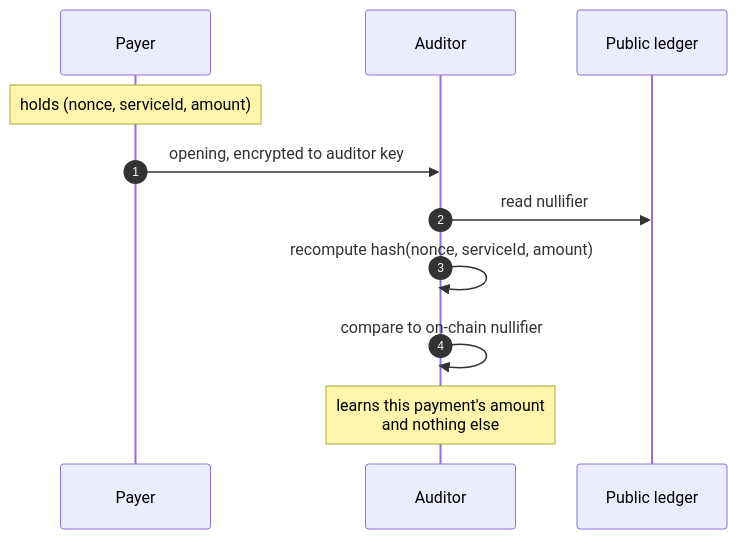
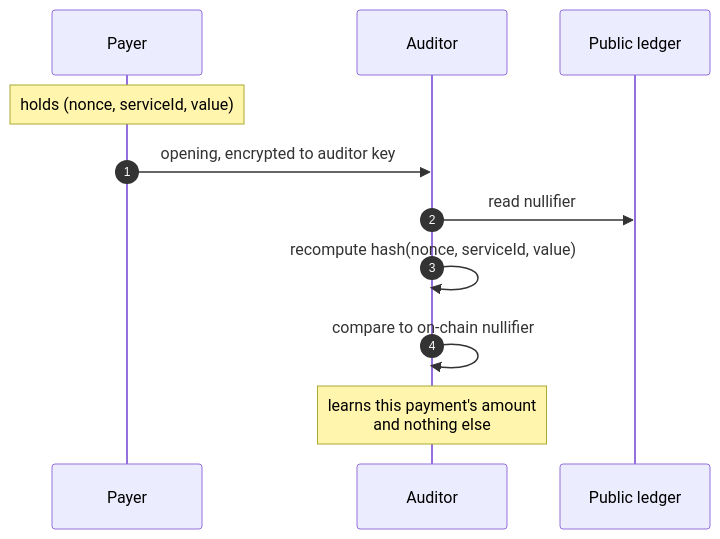
One commit to julianariel/m402 changed the seventh of 8 diagrams in docs/architecture/payment-flow.md. Above: the diagram before and after it, drawn with Mermaid. The commit also changed other lines of this file and 3 other files, not shown here.

First line of the commit message:
Document deposit across all docs; drop the placeholder diagram

````diff
--- a/docs/architecture/payment-flow.md
+++ b/docs/architecture/payment-flow.md
@@ -112,15 +177,15 @@
 ```mermaid
 sequenceDiagram
     autonumber
     participant P as Payer
     participant Au as Auditor
     participant L as Public ledger
 
-    Note over P: holds (nonce, serviceId, amount)
+    Note over P: holds (nonce, serviceId, value)
     P->>Au: opening, encrypted to auditor key
     Au->>L: read nullifier
-    Au->>Au: recompute hash(nonce, serviceId, amount)
+    Au->>Au: recompute hash(nonce, serviceId, value)
     Au->>Au: compare to on-chain nullifier
 
     Note over Au: learns this payment's amount<br/>and nothing else
 ```
````
